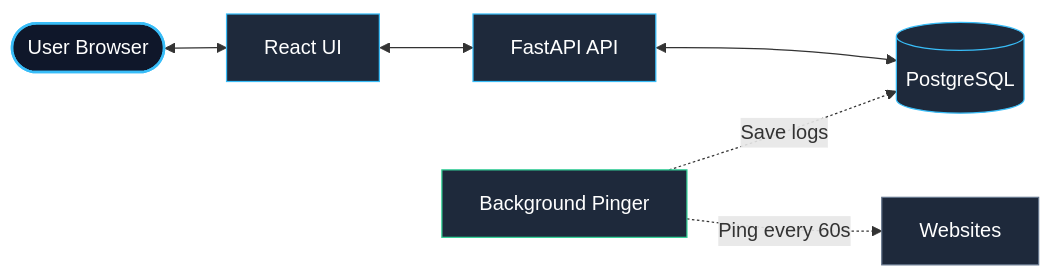
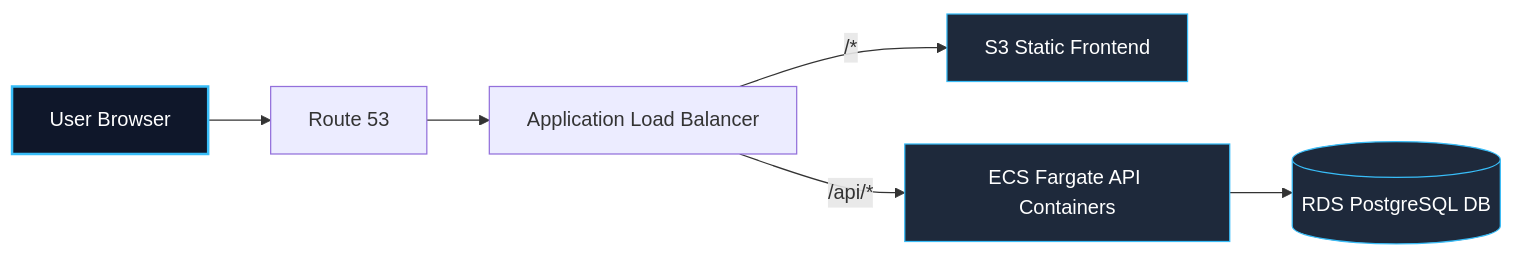
Before and after one commit to Nishchalpr4/UpTime-Moniter: the first of 3 diagrams in README.md, drawn with Mermaid. The commit also changed other lines of this file, not shown here.

````diff
--- a/README.md
+++ b/README.md
@@ -9,15 +46,12 @@
 ```mermaid
 graph LR
-    User([User Browser]) <--> UI[React UI]
-    UI <--> API[FastAPI API]
-    API <--> DB[(PostgreSQL)]
-    Scheduler[Background Pinger] -.->|Ping every 60s| Target[Websites]
-    Scheduler -.->|Save logs| DB
+    Browser[User Browser] --> Route53[Route 53] --> ALB[Application Load Balancer]
+    ALB -->|/*| S3[S3 Static Frontend]
+    ALB -->|/api/*| ECS[ECS Fargate API Containers]
+    ECS --> RDS[(RDS PostgreSQL DB)]
 
-    style User fill:#0f172a,stroke:#38bdf8,stroke-width:2px,color:#fff
-    style UI fill:#1e293b,stroke:#38bdf8,color:#fff
-    style API fill:#1e293b,stroke:#38bdf8,color:#fff
-    style DB fill:#1e293b,stroke:#38bdf8,color:#fff
-    style Scheduler fill:#1e293b,stroke:#34d399,color:#fff
-    style Target fill:#1e293b,stroke:#64748b,color:#fff
+    style Browser fill:#0f172a,stroke:#38bdf8,stroke-width:2px,color:#fff
+    style S3 fill:#1e293b,stroke:#38bdf8,color:#fff
+    style ECS fill:#1e293b,stroke:#38bdf8,color:#fff
+    style RDS fill:#1e293b,stroke:#38bdf8,color:#fff
 ```
````
